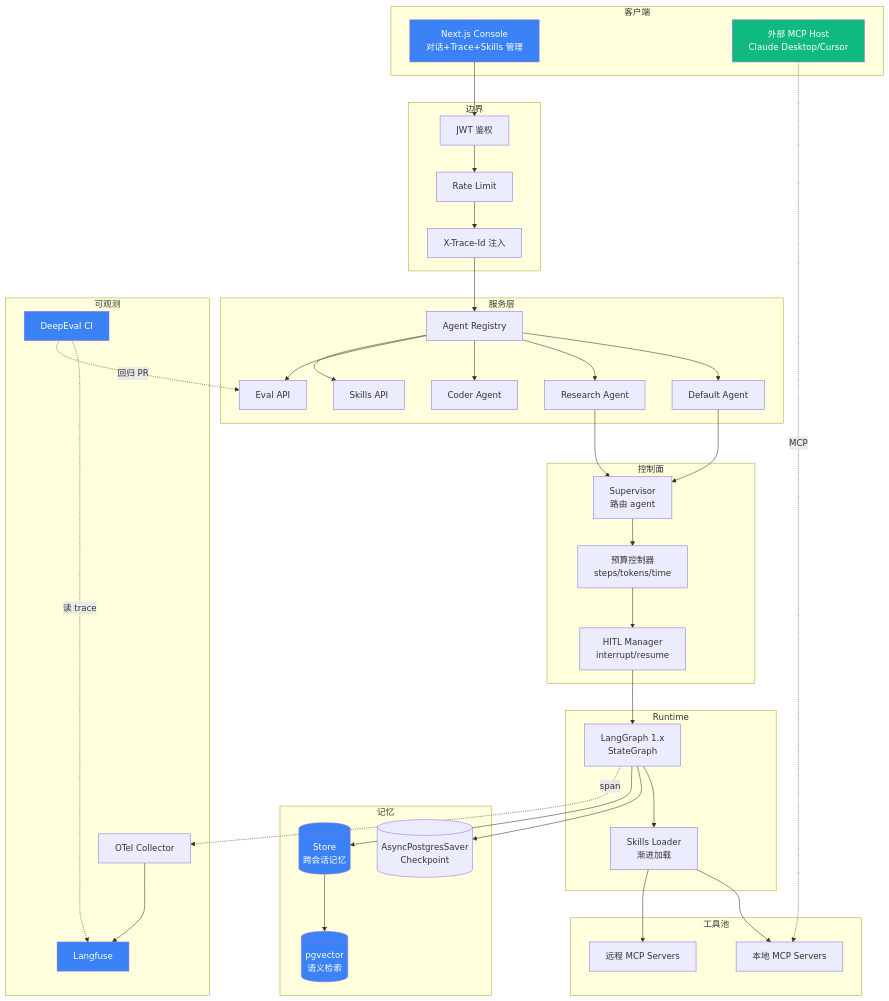
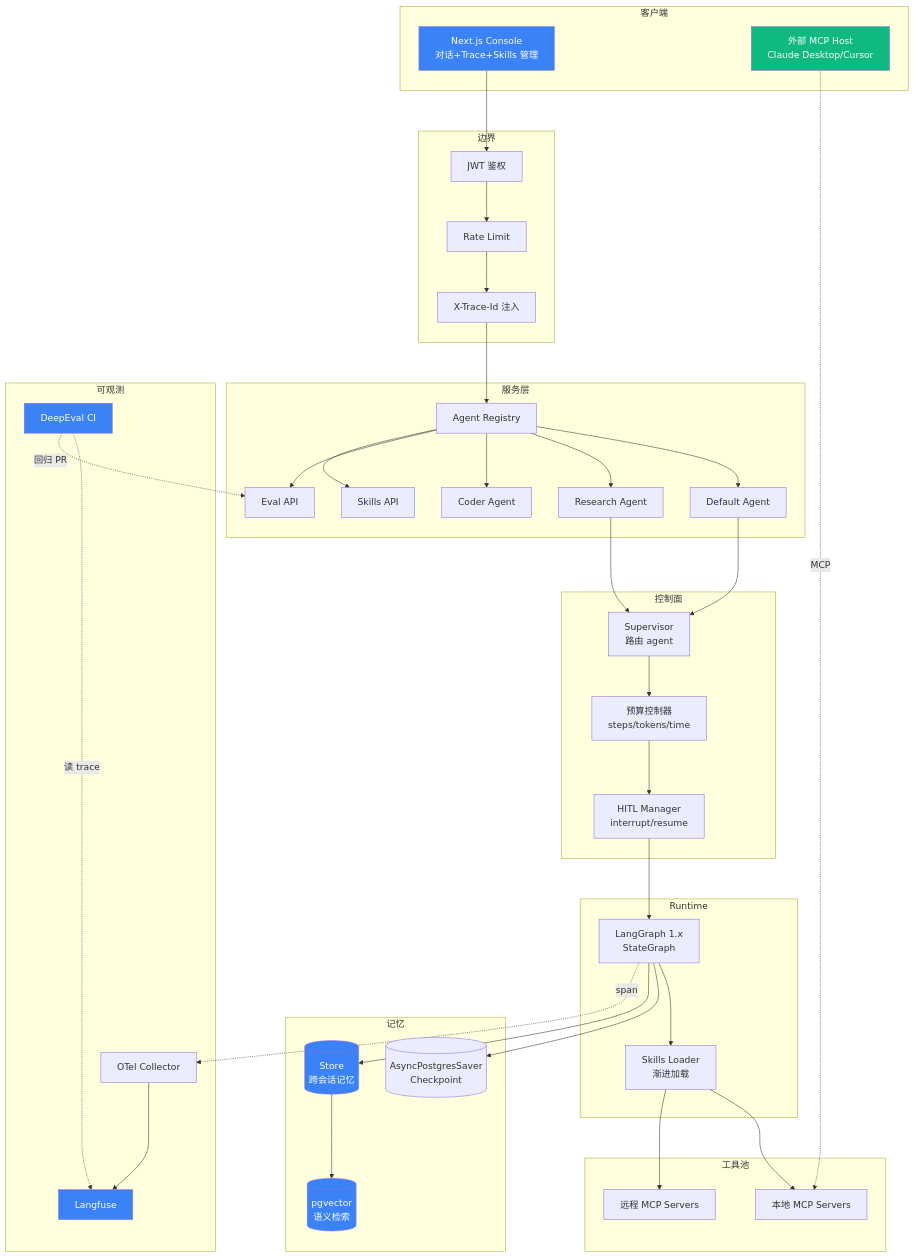
One commit to Eplayed/agents-cli-learn changed the seventh of 7 diagrams in docs/ARCHITECTURE.md. Above: the diagram before and after it, drawn with Mermaid. The commit also changed other lines of this file and 11 other files, not shown here.

````diff
--- a/docs/ARCHITECTURE.md
+++ b/docs/ARCHITECTURE.md
@@ -359,4 +387,5 @@
 ```mermaid
+%%{init: {'theme':'default', 'themeVariables': {'fontSize':'17px'}, 'flowchart': {'nodeSpacing': 50, 'rankSpacing': 75}}}%%
 graph TB
     subgraph CLIENT["客户端"]
         N[Next.js Console<br/>对话+Trace+Skills 管理]
````
